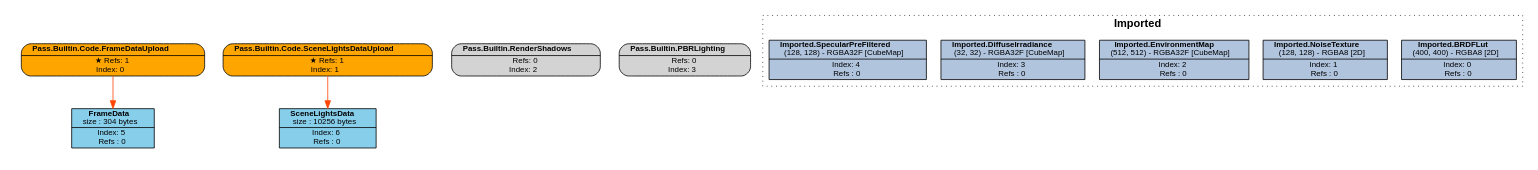
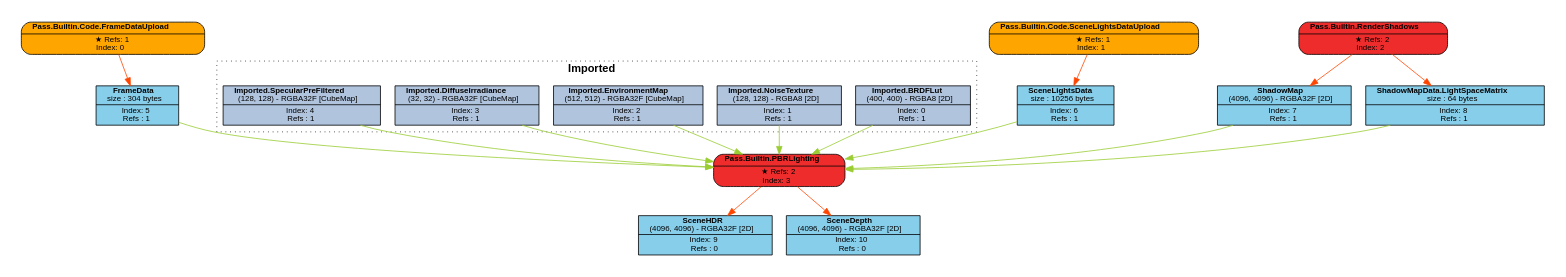
The diagram in Engine/content/FrameGraphs/pbr_lighting_data_driven.dot (Pikachuxxxx/Razix), drawn with Graphviz before and after one commit. The commit also changed 14 other files, not shown here.

Commit message:
[Graphics] FrameGraph successfully works generated data driven passes & resources; can reference code created resources as well;

```diff
--- a/Engine/content/FrameGraphs/pbr_lighting_data_driven.dot
+++ b/Engine/content/FrameGraphs/pbr_lighting_data_driven.dot
@@ -1,49 +1,57 @@
 digraph FrameGraph {
 graph [style=invis, rankdir="TB" ordering=out, splines=spline]
 node [shape=record, fontname="helvetica", fontsize=10, margin="0.2,0.03"]
 
 P0 [label=<{ {<B>Pass.Builtin.Code.FrameDataUpload</B>} | {&#x2605; Refs: 1<BR/> Index: 0} }> style="rounded,filled", fillcolor=orange]
 P1 [label=<{ {<B>Pass.Builtin.Code.SceneLightsDataUpload</B>} | {&#x2605; Refs: 1<BR/> Index: 1} }> style="rounded,filled", fillcolor=orange]
-P2 [label=<{ {<B>Pass.Builtin.RenderShadows</B>} | {Refs: 0<BR/> Index: 2} }> style="rounded,filled", fillcolor=lightgray]
-P3 [label=<{ {<B>Pass.Builtin.PBRLighting</B>} | {Refs: 0<BR/> Index: 3} }> style="rounded,filled", fillcolor=lightgray]
+P2 [label=<{ {<B>Pass.Builtin.RenderShadows</B>} | {&#x2605; Refs: 2<BR/> Index: 2} }> style="rounded,filled", fillcolor=firebrick2]
+P3 [label=<{ {<B>Pass.Builtin.PBRLighting</B>} | {&#x2605; Refs: 2<BR/> Index: 3} }> style="rounded,filled", fillcolor=firebrick2]
 
-R0_1 [label=<{ {<B>Imported.BRDFLut</B><BR/>(400, 400) - RGBA8 [2D]} | {Index: 0<BR/>Refs : 0} }> style=filled, fillcolor=lightsteelblue]
-R1_1 [label=<{ {<B>Imported.NoiseTexture</B><BR/>(128, 128) - RGBA8 [2D]} | {Index: 1<BR/>Refs : 0} }> style=filled, fillcolor=lightsteelblue]
-R2_1 [label=<{ {<B>Imported.EnvironmentMap</B><BR/>(512, 512) - RGBA32F [CubeMap]} | {Index: 2<BR/>Refs : 0} }> style=filled, fillcolor=lightsteelblue]
-R3_1 [label=<{ {<B>Imported.DiffuseIrradiance</B><BR/>(32, 32) - RGBA32F [CubeMap]} | {Index: 3<BR/>Refs : 0} }> style=filled, fillcolor=lightsteelblue]
-R4_1 [label=<{ {<B>Imported.SpecularPreFiltered</B><BR/>(128, 128) - RGBA32F [CubeMap]} | {Index: 4<BR/>Refs : 0} }> style=filled, fillcolor=lightsteelblue]
-R5_1 [label=<{ {<B>FrameData</B><BR/>size : 304 bytes} | {Index: 5<BR/>Refs : 0} }> style=filled, fillcolor=skyblue]
-R6_1 [label=<{ {<B>SceneLightsData</B><BR/>size : 10256 bytes} | {Index: 6<BR/>Refs : 0} }> style=filled, fillcolor=skyblue]
+R0_1 [label=<{ {<B>Imported.BRDFLut</B><BR/>(400, 400) - RGBA8 [2D]} | {Index: 0<BR/>Refs : 1} }> style=filled, fillcolor=lightsteelblue]
+R1_1 [label=<{ {<B>Imported.NoiseTexture</B><BR/>(128, 128) - RGBA8 [2D]} | {Index: 1<BR/>Refs : 1} }> style=filled, fillcolor=lightsteelblue]
+R2_1 [label=<{ {<B>Imported.EnvironmentMap</B><BR/>(512, 512) - RGBA32F [CubeMap]} | {Index: 2<BR/>Refs : 1} }> style=filled, fillcolor=lightsteelblue]
+R3_1 [label=<{ {<B>Imported.DiffuseIrradiance</B><BR/>(32, 32) - RGBA32F [CubeMap]} | {Index: 3<BR/>Refs : 1} }> style=filled, fillcolor=lightsteelblue]
+R4_1 [label=<{ {<B>Imported.SpecularPreFiltered</B><BR/>(128, 128) - RGBA32F [CubeMap]} | {Index: 4<BR/>Refs : 1} }> style=filled, fillcolor=lightsteelblue]
+R5_1 [label=<{ {<B>FrameData</B><BR/>size : 304 bytes} | {Index: 5<BR/>Refs : 1} }> style=filled, fillcolor=skyblue]
+R6_1 [label=<{ {<B>SceneLightsData</B><BR/>size : 10256 bytes} | {Index: 6<BR/>Refs : 1} }> style=filled, fillcolor=skyblue]
+R7_1 [label=<{ {<B>ShadowMap</B><BR/>(4096, 4096) - RGBA32F [2D]} | {Index: 7<BR/>Refs : 1} }> style=filled, fillcolor=skyblue]
+R8_1 [label=<{ {<B>ShadowMapData.LightSpaceMatrix</B><BR/>size : 64 bytes} | {Index: 8<BR/>Refs : 1} }> style=filled, fillcolor=skyblue]
+R9_1 [label=<{ {<B>SceneHDR</B><BR/>(4096, 4096) - RGBA32F [2D]} | {Index: 9<BR/>Refs : 0} }> style=filled, fillcolor=skyblue]
+R10_1 [label=<{ {<B>SceneDepth</B><BR/>(4096, 4096) - RGBA32F [2D]} | {Index: 10<BR/>Refs : 0} }> style=filled, fillcolor=skyblue]
 
 P0 -> { R5_1 } [color=orangered]
 P1 -> { R6_1 } [color=orangered]
-P2 -> { } [color=orangered]
-P3 -> { } [color=orangered]
+P2 -> { R7_1 R8_1 } [color=orangered]
+P3 -> { R9_1 R10_1 } [color=orangered]
 
-R0_1 -> { } [color=olivedrab3]
-R1_1 -> { } [color=olivedrab3]
-R2_1 -> { } [color=olivedrab3]
-R3_1 -> { } [color=olivedrab3]
-R4_1 -> { } [color=olivedrab3]
-R5_1 -> { } [color=olivedrab3]
-R6_1 -> { } [color=olivedrab3]
+R0_1 -> { P3 } [color=olivedrab3]
+R1_1 -> { P3 } [color=olivedrab3]
+R2_1 -> { P3 } [color=olivedrab3]
+R3_1 -> { P3 } [color=olivedrab3]
+R4_1 -> { P3 } [color=olivedrab3]
+R5_1 -> { P3 } [color=olivedrab3]
+R6_1 -> { P3 } [color=olivedrab3]
+R7_1 -> { P3 } [color=olivedrab3]
+R8_1 -> { P3 } [color=olivedrab3]
+R9_1 -> { } [color=olivedrab3]
+R10_1 -> { } [color=olivedrab3]
 
 subgraph cluster_0 {
 P0 R5_1 
 }
 subgraph cluster_1 {
 P1 R6_1 
 }
 subgraph cluster_2 {
-P2 
+P2 R7_1 R8_1 
 }
 subgraph cluster_3 {
-P3 
+P3 R9_1 R10_1 
 }
 
 subgraph cluster_imported_resources {
 graph [style=dotted, fontname="helvetica", label=< <B>Imported</B> >]
 R0_1 R1_1 R2_1 R3_1 R4_1 
 }
 
 }
```
